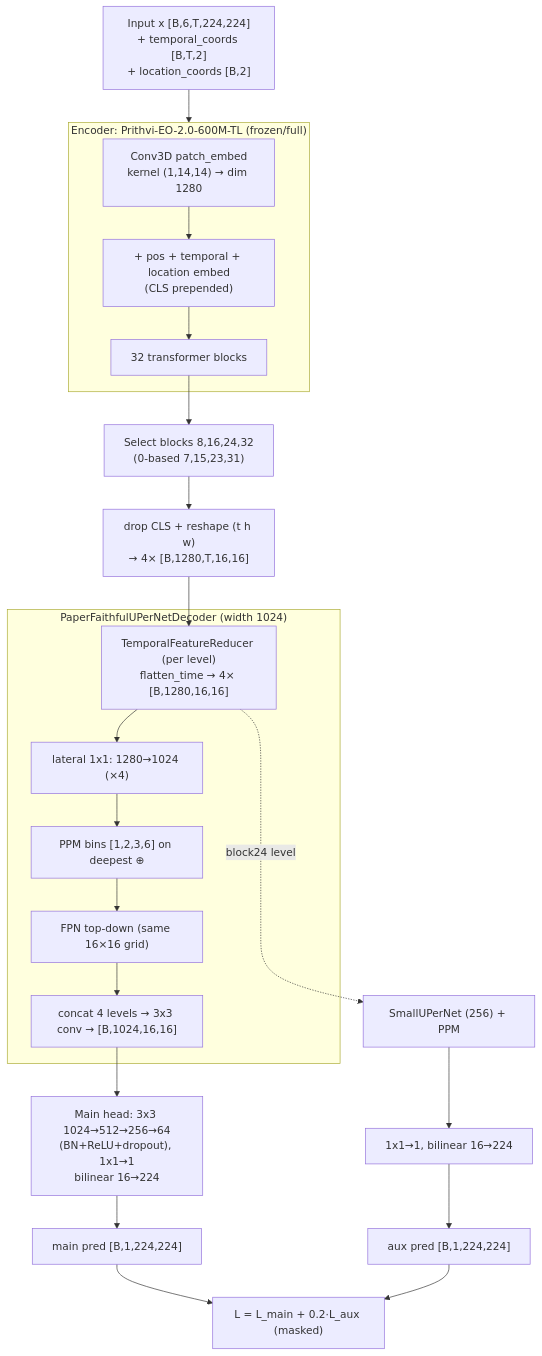
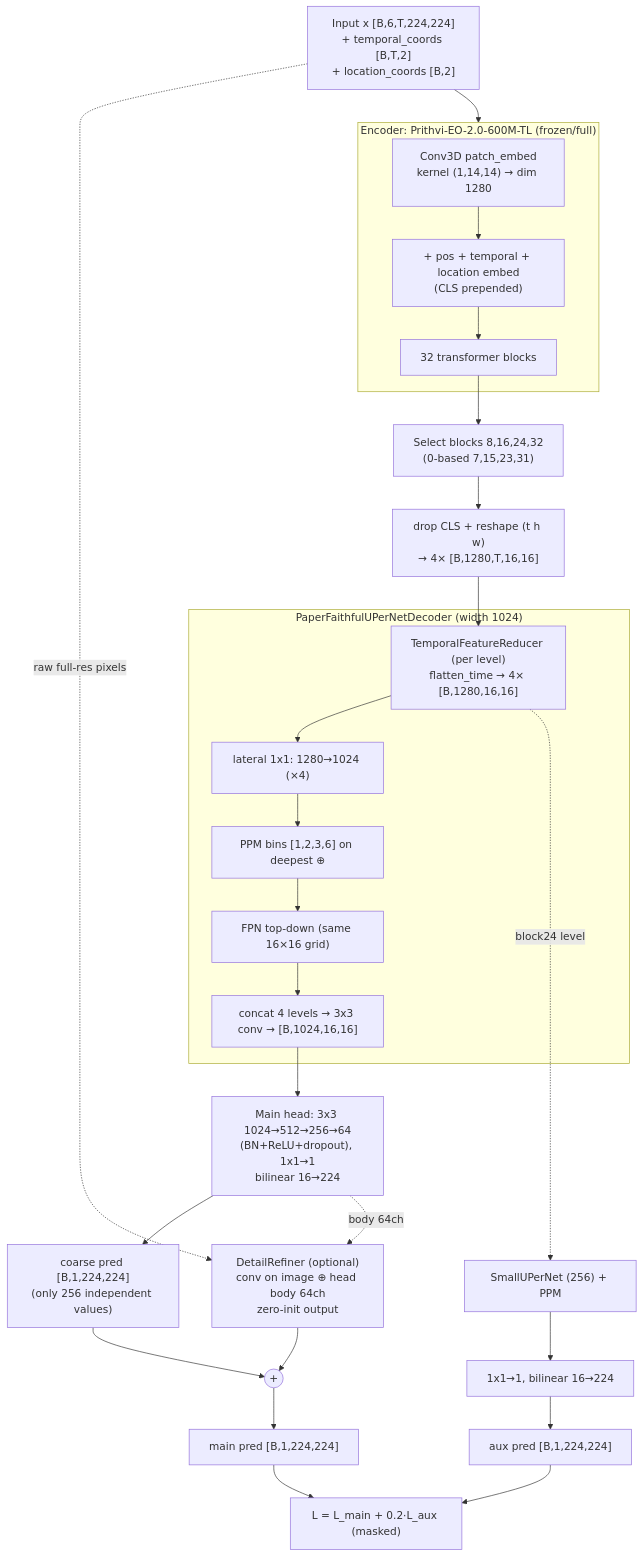
Before and after one commit to samarranjit/EO-based-yield-prediction: the diagram in model/docs/ARCHITECTURE.md, drawn with Mermaid. The commit also changed other lines of this file and 6 other files, not shown here.

Commit message:
Update documentation to reflect current status of BARC data, training procedures, and model architecture enhancements including the DetailRefiner and its implications on yield predictions.

````diff
--- a/model/docs/ARCHITECTURE.md
+++ b/model/docs/ARCHITECTURE.md
@@ -10,30 +10,36 @@
 ```mermaid
 flowchart TD
     X["Input x [B,6,T,224,224]<br/>+ temporal_coords [B,T,2]<br/>+ location_coords [B,2]"] --> ENC
 
     subgraph ENC["Encoder: Prithvi-EO-2.0-600M-TL (frozen/full)"]
       PE["Conv3D patch_embed<br/>kernel (1,14,14) → dim 1280"] --> POS["+ pos + temporal + location embed<br/>(CLS prepended)"]
       POS --> TB["32 transformer blocks"]
     end
 
     TB --> SEL["Select blocks 8,16,24,32<br/>(0-based 7,15,23,31)"]
     SEL --> RS["drop CLS + reshape (t h w)<br/>→ 4× [B,1280,T,16,16]"]
     RS --> TR["TemporalFeatureReducer (per level)<br/>flatten_time → 4× [B,1280,16,16]"]
 
     subgraph DEC["PaperFaithfulUPerNetDecoder (width 1024)"]
       TR --> LAT["lateral 1x1: 1280→1024 (×4)"]
       LAT --> PPM["PPM bins [1,2,3,6] on deepest ⊕"]
       PPM --> FPN["FPN top-down (same 16×16 grid)"]
       FPN --> FUSE["concat 4 levels → 3x3 conv → [B,1024,16,16]"]
     end
 
     FUSE --> HEAD["Main head: 3x3 1024→512→256→64<br/>(BN+ReLU+dropout), 1x1→1<br/>bilinear 16→224"]
-    HEAD --> MOUT["main pred [B,1,224,224]"]
+    HEAD --> MOUT["coarse pred [B,1,224,224]<br/>(only 256 independent values)"]
+
+    MOUT --> ADD(("+"))
+    X -.raw full-res pixels.-> REF["DetailRefiner (optional)<br/>conv on image ⊕ head body 64ch<br/>zero-init output"]
+    HEAD -.body 64ch.-> REF
+    REF --> ADD
+    ADD --> FINAL["main pred [B,1,224,224]"]
 
     TR -.block24 level.-> AUXD["SmallUPerNet (256) + PPM"]
     AUXD --> AUXH["1x1→1, bilinear 16→224"]
     AUXH --> AOUT["aux pred [B,1,224,224]"]
 
-    MOUT --> L["L = L_main + 0.2·L_aux (masked)"]
+    FINAL --> L["L = L_main + 0.2·L_aux (masked)"]
     AOUT --> L
 ```
````
